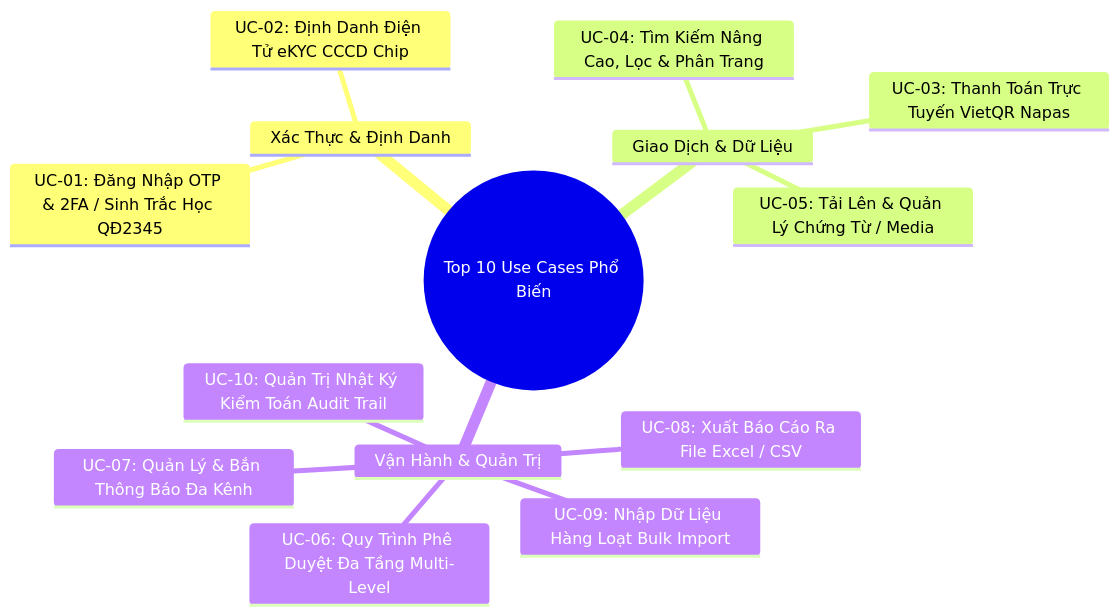
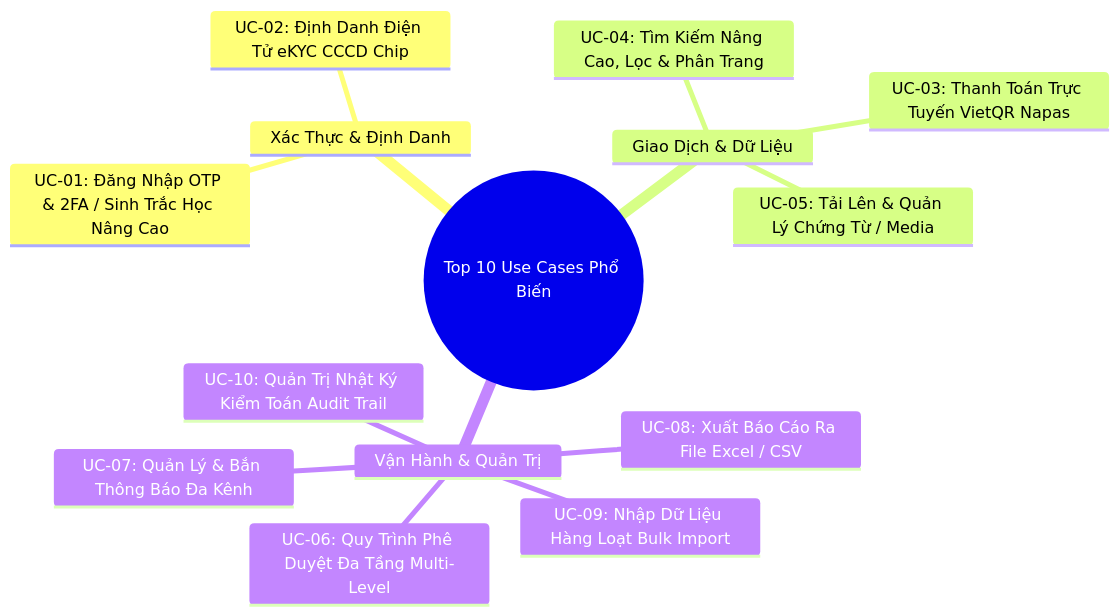
The diagram in skills/ba-analyst-kit/references/common_use_cases_library.md (Le-Ngoc-Tu/ba-analyst-kit), drawn with Mermaid before and after one commit. The commit also changed other lines of this file and 50 other files, not shown here.

````diff
--- a/skills/ba-analyst-kit/references/common_use_cases_library.md
+++ b/skills/ba-analyst-kit/references/common_use_cases_library.md
@@ -23,17 +23,17 @@
 ```mermaid
 mindmap
   root((Top 10 Use Cases Phổ Biến))
     Xác Thực & Định Danh
-      UC-01: Đăng Nhập OTP & 2FA / Sinh Trắc Học QĐ2345
+      UC-01: Đăng Nhập OTP & 2FA / Sinh Trắc Học Nâng Cao
       UC-02: Định Danh Điện Tử eKYC CCCD Chip
     Giao Dịch & Dữ Liệu
       UC-03: Thanh Toán Trực Tuyến VietQR Napas
       UC-04: Tìm Kiếm Nâng Cao, Lọc & Phân Trang
       UC-05: Tải Lên & Quản Lý Chứng Từ / Media
     Vận Hành & Quản Trị
       UC-06: Quy Trình Phê Duyệt Đa Tầng Multi-Level
       UC-07: Quản Lý & Bắn Thông Báo Đa Kênh
       UC-08: Xuất Báo Cáo Ra File Excel / CSV
       UC-09: Nhập Dữ Liệu Hàng Loạt Bulk Import
       UC-10: Quản Trị Nhật Ký Kiểm Toán Audit Trail
 ```
````
